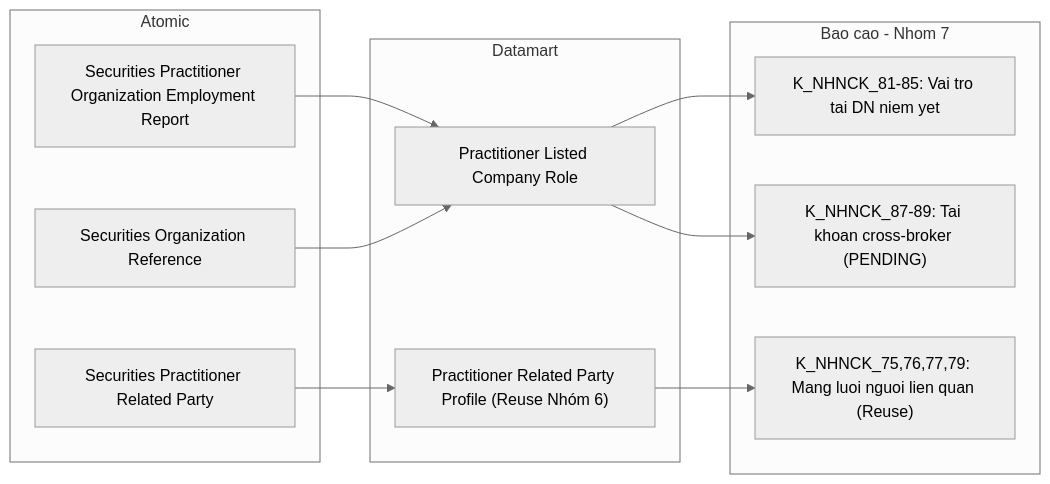
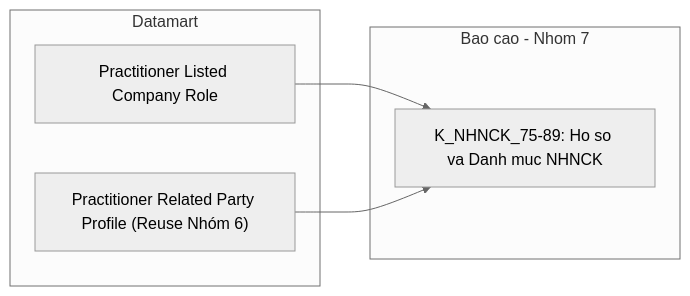
Diagram 27 of 40 in Datamart/hld/DTM_NHNCK_HLD.md (linhlvit/ubck_atomic_design), drawn with Mermaid (neutral theme) before and after one commit. The commit also changed other lines of this file and 35 other files, not shown here.

````diff
--- a/Datamart/hld/DTM_NHNCK_HLD.md
+++ b/Datamart/hld/DTM_NHNCK_HLD.md
@@ -1136,23 +1123,12 @@
 ```mermaid
 flowchart LR
-    subgraph SIL["Atomic"]
-        SV1["Securities Practitioner Organization Employment Report"]
-        SV2["Securities Organization Reference"]
-        SV3["Securities Practitioner Related Party"]
-    end
     subgraph Datamart["Datamart"]
         G1["Practitioner Listed Company Role"]
         G2["Practitioner Related Party Profile (Reuse Nhóm 6)"]
     end
     subgraph RPT["Bao cao - Nhom 7"]
-        R1["K_NHNCK_81-85: Vai tro tai DN niem yet"]
-        R2["K_NHNCK_75,76,77,79: Mang luoi nguoi lien quan (Reuse)"]
-        R3["K_NHNCK_87-89: Tai khoan cross-broker (PENDING)"]
+        R1["K_NHNCK_75-89: Ho so va Danh muc NHNCK"]
     end
-    SV1 --> G1
-    SV2 --> G1
-    SV3 --> G2
     G1 --> R1
-    G1 --> R3
-    G2 --> R2
+    G2 --> R1
 ```
````
